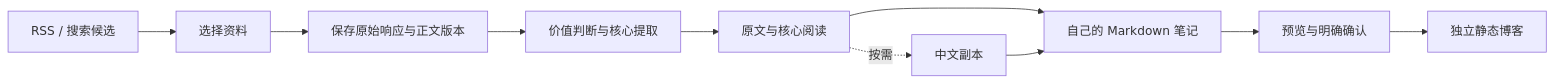
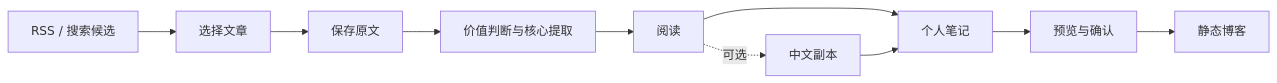
Before and after one commit to hirovel/pracshelf: the diagram in README.md, drawn with Mermaid. The commit also changed other lines of this file, not shown here.

````diff
--- a/README.md
+++ b/README.md
@@ -24,12 +25,12 @@
 ```mermaid
 flowchart LR
-    A[RSS / 搜索候选] --> B[选择资料]
-    B --> C[保存原始响应与正文版本]
+    A[RSS / 搜索候选] --> B[选择文章]
+    B --> C[保存原文]
     C --> D[价值判断与核心提取]
-    D --> E[原文与核心阅读]
-    E -.按需.-> F[中文副本]
-    E --> G[自己的 Markdown 笔记]
+    D --> E[阅读]
+    E -.可选.-> F[中文副本]
+    E --> G[个人笔记]
     F --> G
-    G --> H[预览与明确确认]
-    H --> I[独立静态博客]
+    G --> H[预览与确认]
+    H --> I[静态博客]
 ```
````
